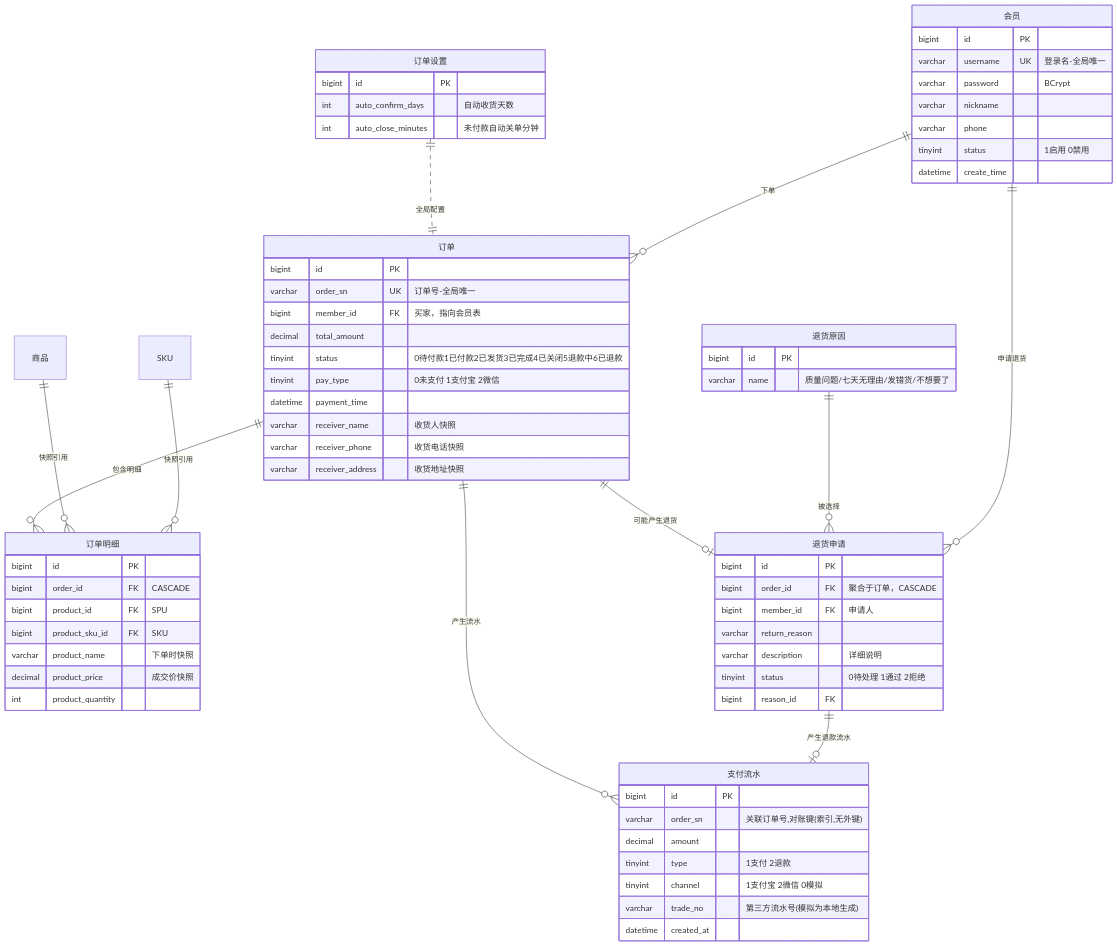
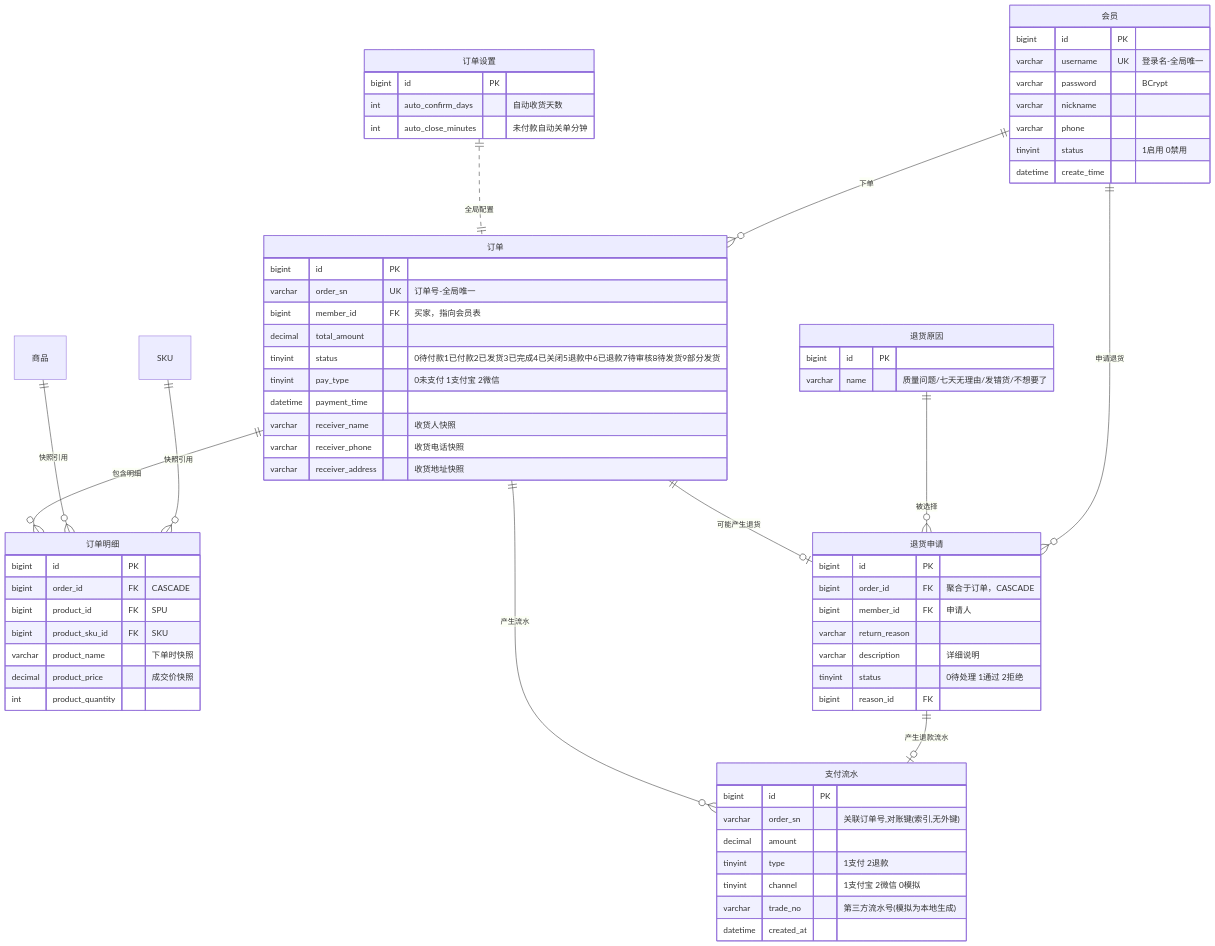
One commit to zzy-repo/qiqi-mall changed the diagram in docs/er/12-ER图-订单域.mmd. Above: the diagram before and after it, drawn with Mermaid. The commit also changed 5 other files, not shown here.

Commit message:
test: 场景5接口级全链路走查 + ER-21/12 状态枚举注释同步

```diff
--- a/docs/er/12-ER图-订单域.mmd
+++ b/docs/er/12-ER图-订单域.mmd
@@ -1,69 +1,69 @@
 erDiagram
     订单 ||--o{ 订单明细 : "包含明细"
     订单 ||--o| 退货申请 : "可能产生退货"
     退货原因 ||--o{ 退货申请 : "被选择"
     订单设置 ||..|| 订单 : "全局配置"
     商品 ||--o{ 订单明细 : "快照引用"
     SKU ||--o{ 订单明细 : "快照引用"
     会员 ||--o{ 订单 : "下单"
     会员 ||--o{ 退货申请 : "申请退货"
 
     会员 {
         bigint id PK
         varchar username UK "登录名-全局唯一"
         varchar password "BCrypt"
         varchar nickname
         varchar phone
         tinyint status "1启用 0禁用"
         datetime create_time
     }
     订单 {
         bigint id PK
         varchar order_sn UK "订单号-全局唯一"
         bigint member_id FK "买家，指向会员表"
         decimal total_amount
-        tinyint status "0待付款1已付款2已发货3已完成4已关闭5退款中6已退款"
+        tinyint status "0待付款1已付款2已发货3已完成4已关闭5退款中6已退款7待审核8待发货9部分发货"
         tinyint pay_type "0未支付 1支付宝 2微信"
         datetime payment_time
         varchar receiver_name "收货人快照"
         varchar receiver_phone "收货电话快照"
         varchar receiver_address "收货地址快照"
     }
     订单明细 {
         bigint id PK
         bigint order_id FK "CASCADE"
         bigint product_id FK "SPU"
         bigint product_sku_id FK "SKU"
         varchar product_name "下单时快照"
         decimal product_price "成交价快照"
         int product_quantity
     }
     退货申请 {
         bigint id PK
         bigint order_id FK "聚合于订单，CASCADE"
         bigint member_id FK "申请人"
         varchar return_reason
         varchar description "详细说明"
         tinyint status "0待处理 1通过 2拒绝"
         bigint reason_id FK
     }
     退货原因 {
         bigint id PK
         varchar name "质量问题/七天无理由/发错货/不想要了"
     }
     支付流水 {
         bigint id PK
         varchar order_sn "关联订单号,对账键(索引,无外键)"
         decimal amount
         tinyint type "1支付 2退款"
         tinyint channel "1支付宝 2微信 0模拟"
         varchar trade_no "第三方流水号(模拟为本地生成)"
         datetime created_at
     }
     订单 ||--o{ 支付流水 : "产生流水"
     退货申请 ||--o| 支付流水 : "产生退款流水"
     订单设置 {
         bigint id PK
         int auto_confirm_days "自动收货天数"
         int auto_close_minutes "未付款自动关单分钟"
     }
```
